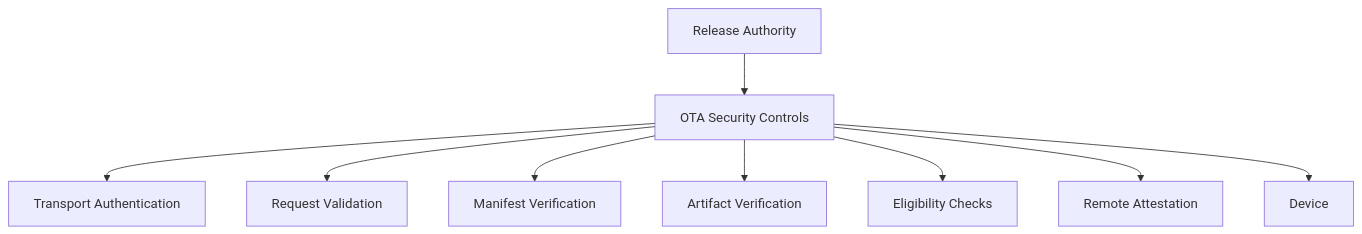
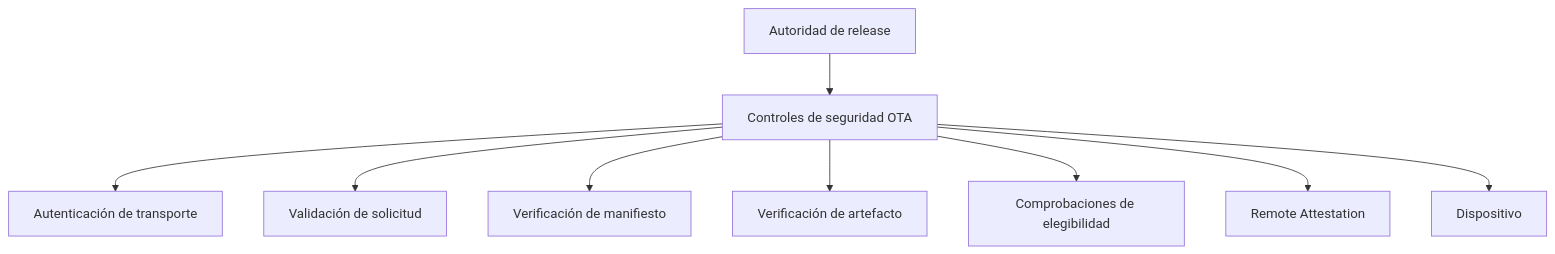
Before and after one commit to enigm-llc/docs: the diagram in es/os/ota-security.mdx, drawn with Mermaid. The commit also changed other lines of this file and 43 other files, not shown here.

````diff
--- a/es/os/ota-security.mdx
+++ b/es/os/ota-security.mdx
@@ -24,21 +24,21 @@
 ```mermaid
 flowchart TD
-  Authority["Release Authority"]
-  Controls["OTA Security Controls"]
-  Transport["Transport Authentication"]
-  Request["Request Validation"]
-  Manifest["Manifest Verification"]
-  Artifact["Artifact Verification"]
-  Eligibility["Eligibility Checks"]
+  Authority["Autoridad de release"]
+  Controls["Controles de seguridad OTA"]
+  Transport["Autenticación de transporte"]
+  Request["Validación de solicitud"]
+  Manifest["Verificación de manifiesto"]
+  Artifact["Verificación de artefacto"]
+  Eligibility["Comprobaciones de elegibilidad"]
   Attestation["Remote Attestation"]
-  Device["Device"]
+  Device["Dispositivo"]
 
   Authority --> Controls
   Controls --> Transport
   Controls --> Request
   Controls --> Manifest
   Controls --> Artifact
   Controls --> Eligibility
   Controls --> Attestation
   Controls --> Device
 ```
````
